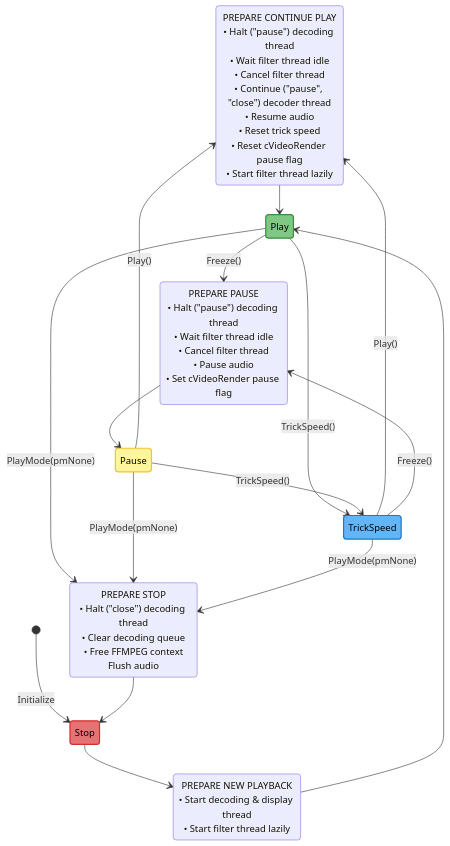
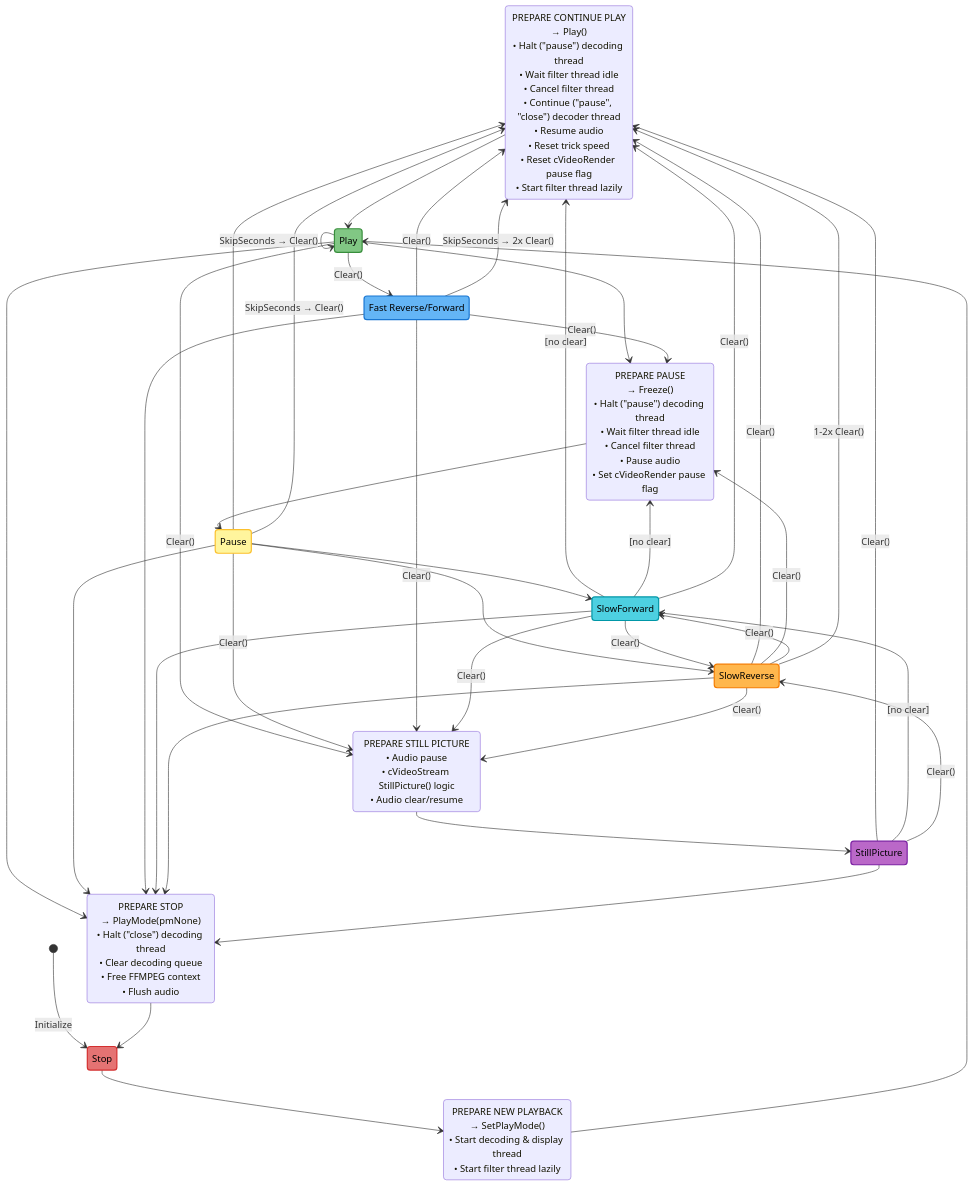
The second of 3 diagrams in DEVELOPER.md (rellla/vdr-plugin-softhddevice-drm-gles), drawn with Mermaid before and after one commit.

Commit message:
Move the simple version to the top. Add SkipSeconds..

````diff
--- a/DEVELOPER.md
+++ b/DEVELOPER.md
@@ -69,40 +64,77 @@
 ```mermaid
 stateDiagram-v2
-    PrepareContinuePlay: PREPARE CONTINUE PLAY<br/>• Halt ("pause") decoding thread<br/>• Wait filter thread idle<br/>• Cancel filter thread<br />• Continue ("pause", "close") decoder thread<br/>• Resume audio<br/>• Reset trick speed<br/>• Reset cVideoRender pause flag<br/>• Start filter thread lazily
+    PrepareContinuePlay: PREPARE CONTINUE PLAY<br/>→ Play()<br/>• Halt ("pause") decoding thread<br/>• Wait filter thread idle<br/>• Cancel filter thread<br />• Continue ("pause", "close") decoder thread<br/>• Resume audio<br/>• Reset trick speed<br/>• Reset cVideoRender pause flag<br/>• Start filter thread lazily
 
-    PrepareNewPlay: PREPARE NEW PLAYBACK<br/>• Start decoding & display thread<br/>• Start filter thread lazily
+    PrepareNewPlay: PREPARE NEW PLAYBACK<br/>→ SetPlayMode()<br/>• Start decoding & display thread<br/>• Start filter thread lazily
 
-    PrepareStop: PREPARE STOP<br/>• Halt ("close") decoding thread<br/>• Clear decoding queue<br/>• Free FFMPEG context<br/>Flush audio
+    PrepareStop: PREPARE STOP<br/>→ PlayMode(pmNone)<br/>• Halt ("close") decoding thread<br/>• Clear decoding queue<br/>• Free FFMPEG context<br/>• Flush audio
 
-    PreparePause: PREPARE PAUSE<br/>• Halt ("pause") decoding thread<br/>• Wait filter thread idle<br/>• Cancel filter thread<br />• Pause audio<br/>• Set cVideoRender pause flag
+    PreparePause: PREPARE PAUSE<br/>→ Freeze()<br/>• Halt ("pause") decoding thread<br/>• Wait filter thread idle<br/>• Cancel filter thread<br />• Pause audio<br/>• Set cVideoRender pause flag
+
+    PrepareStillPicture: PREPARE STILL PICTURE<br/>• Audio pause<br/>• cVideoStream StillPicture() logic<br/>• Audio clear/resume
+
+    FastTrickSpeed: Fast Reverse/Forward
 
     [*] --> Stop: Initialize
 
     PrepareStop --> Stop
     Stop --> PrepareNewPlay
 
     PrepareNewPlay --> Play
     PrepareContinuePlay --> Play
-    Play --> PreparePause: Freeze()
-    Play --> TrickSpeed: TrickSpeed()
-    Play --> PrepareStop: PlayMode(pmNone)
+    Play --> PreparePause
+    Play --> FastTrickSpeed: Clear()
+    Play --> PrepareStop
+    Play --> Play: SkipSeconds → Clear()
+    Play --> PrepareStillPicture: Clear()
 
     PreparePause --> Pause
-    Pause --> PrepareContinuePlay: Play()
-    Pause --> PrepareStop: PlayMode(pmNone)
-    Pause --> TrickSpeed: TrickSpeed()
+    Pause --> PrepareContinuePlay
+    Pause --> PrepareStop
+    Pause --> SlowForward
+    Pause --> SlowReverse
+    Pause --> PrepareContinuePlay: SkipSeconds → Clear()
+    Pause --> PrepareStillPicture: Clear()
 
-    TrickSpeed --> PrepareContinuePlay: Play()
-    TrickSpeed --> PreparePause: Freeze()
-    TrickSpeed --> PrepareStop: PlayMode(pmNone)
+    FastTrickSpeed --> PrepareContinuePlay: Clear()
+    FastTrickSpeed --> PreparePause: Clear()
+    FastTrickSpeed --> PrepareStop
+    FastTrickSpeed --> PrepareContinuePlay: SkipSeconds → 2x Clear()
+    FastTrickSpeed --> PrepareStillPicture: Clear()
+
+    SlowForward --> PrepareContinuePlay: [no clear]
+    SlowForward --> PreparePause: [no clear]
+    SlowForward --> PrepareStop
+    SlowForward --> SlowReverse: Clear()
+    SlowForward --> PrepareContinuePlay: Clear()
+    SlowForward --> PrepareStillPicture: Clear()
+
+    SlowReverse --> PrepareContinuePlay: Clear()
+    SlowReverse --> PreparePause: Clear()
+    SlowReverse --> PrepareStop
+    SlowReverse --> SlowForward: Clear()
+    SlowReverse --> PrepareContinuePlay: 1-2x Clear()
+    SlowReverse --> PrepareStillPicture: Clear()
+
+    PrepareStillPicture --> StillPicture
+    StillPicture --> PrepareContinuePlay: Clear()
+    StillPicture --> PrepareStop
+    StillPicture --> SlowForward: [no clear]
+    StillPicture --> SlowReverse: Clear()
 
     classDef stopState fill:#e57373,stroke:#d32f2f,stroke-width:2px,color:#000
     classDef playState fill:#81c784,stroke:#388e3c,stroke-width:2px,color:#000
     classDef pauseState fill:#fff59d,stroke:#fbc02d,stroke-width:2px,color:#000
-    classDef trickspeedState fill:#64b5f6,stroke:#1976d2,stroke-width:2px,color:#000
+    classDef fastTrickspeedState fill:#64b5f6,stroke:#1976d2,stroke-width:2px,color:#000
+        classDef slowForwardState fill:#4dd0e1,stroke:#0097a7,stroke-width:2px,color:#000
+    classDef slowReverseState fill:#ffb74d,stroke:#f57c00,stroke-width:2px,color:#000
+    classDef stillpictureState fill:#ba68c8,stroke:#7b1fa2,stroke-width:2px,color:#000
 
     class Stop stopState
     class Play playState
     class Pause pauseState
-    class TrickSpeed trickspeedState
+    class FastTrickSpeed fastTrickspeedState
+    class SlowForward slowForwardState
+    class SlowReverse slowReverseState
+    class StillPicture stillpictureState
 ```
````
